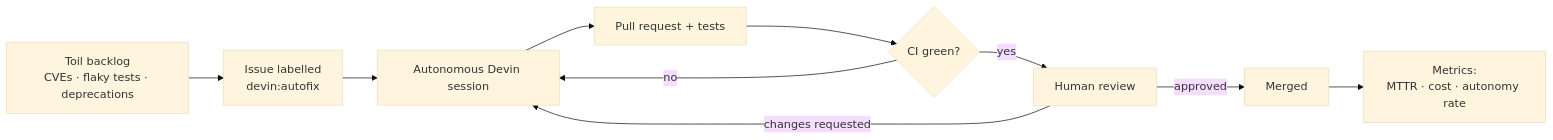
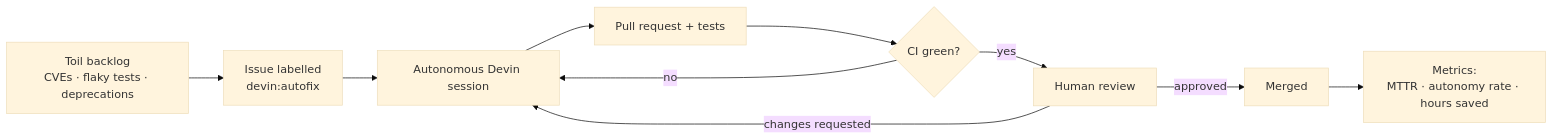
The diagram in docs/01-overview.md (taxpon/sentinel), drawn with Mermaid (base theme) before and after one commit. The commit also changed other lines of this file and 31 other files, not shown here.

````diff
--- a/docs/01-overview.md
+++ b/docs/01-overview.md
@@ -57,12 +57,12 @@
 ```mermaid
 flowchart LR
     A["Toil backlog<br/>CVEs · flaky tests · deprecations"] --> B["Issue labelled<br/>devin:autofix"]
     B --> C["Autonomous Devin session"]
     C --> D["Pull request + tests"]
     D --> E{"CI green?"}
     E -- no --> C
     E -- yes --> F["Human review"]
     F -- "changes requested" --> C
     F -- approved --> G["Merged"]
-    G --> H["Metrics:<br/>MTTR · cost · autonomy rate"]
+    G --> H["Metrics:<br/>MTTR · autonomy rate · hours saved"]
 ```
````
